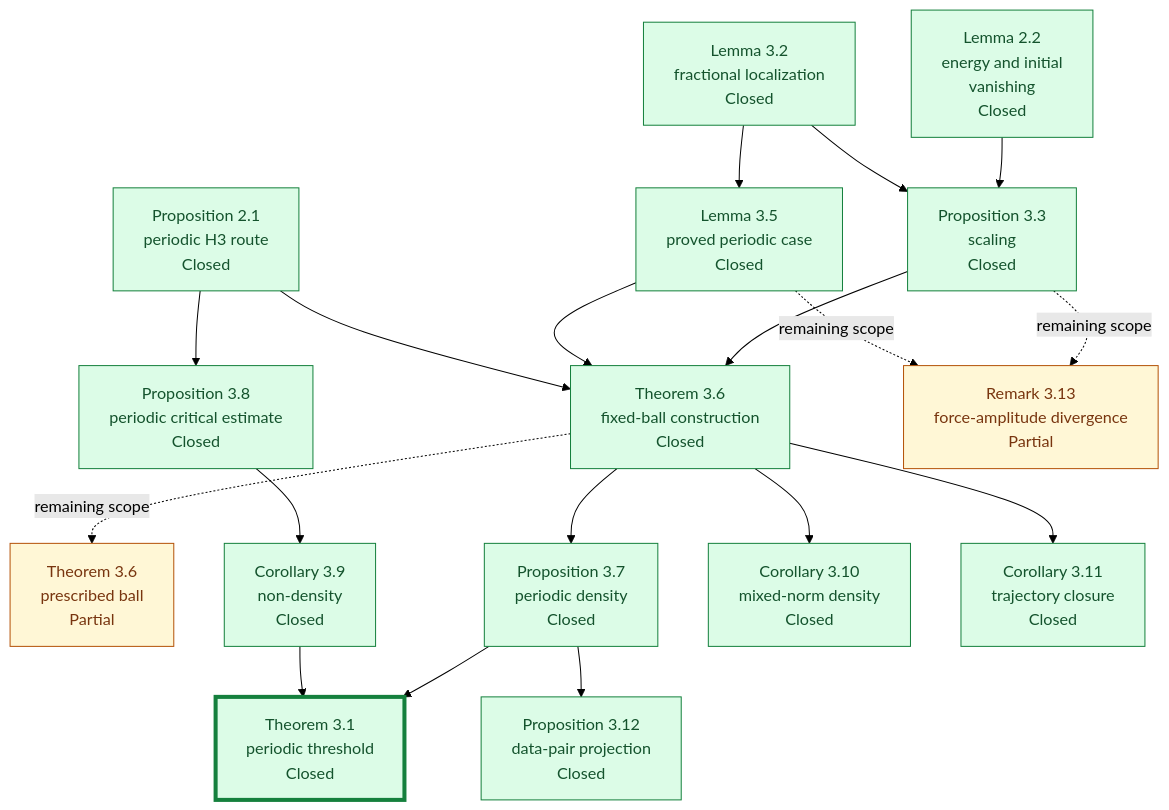
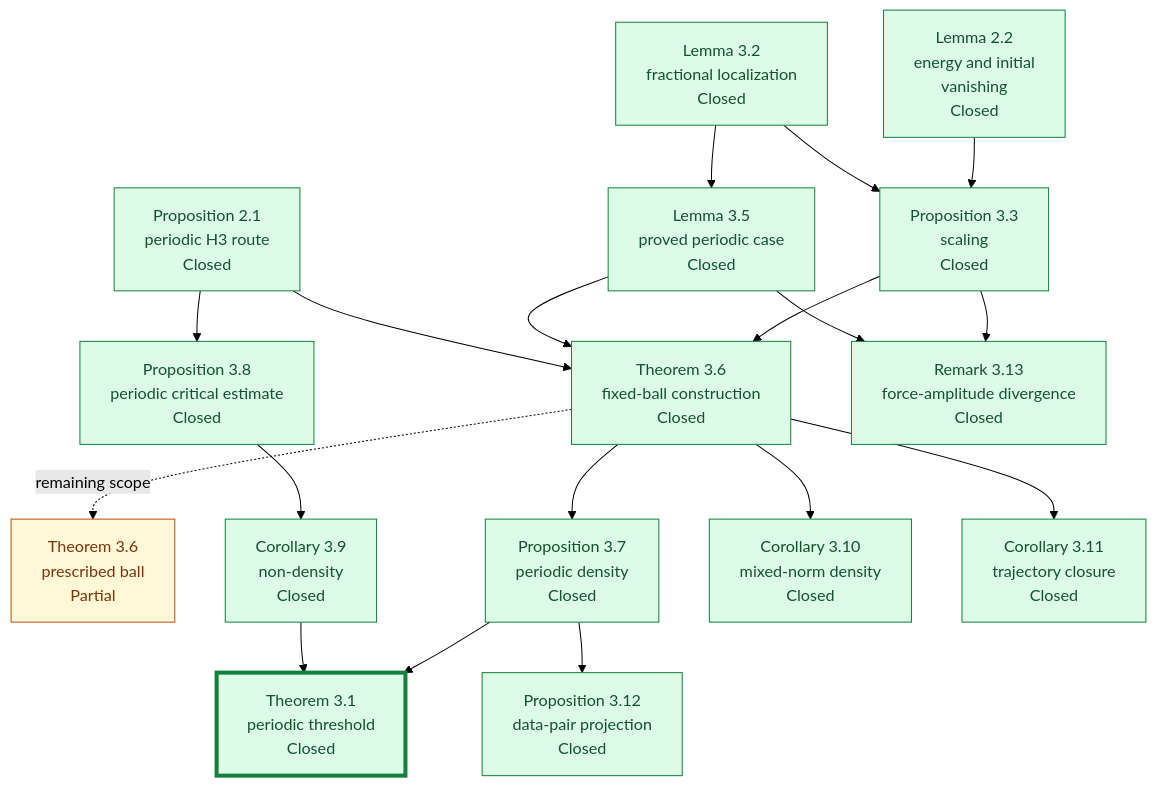
The second of 4 diagrams in formalization/blueprint/DEPENDENCY_GRAPH.md (mathzhuonichi/blowup_density), drawn with Mermaid (forest theme) before and after one commit. The commit also changed other lines of this file and 16 other files, not shown here.

````diff
--- a/formalization/blueprint/DEPENDENCY_GRAPH.md
+++ b/formalization/blueprint/DEPENDENCY_GRAPH.md
@@ -45,41 +45,41 @@
 ```mermaid
 flowchart TD
   E22["Lemma 2.2<br/>energy and initial<br/>vanishing<br/>Closed"]
   L32["Lemma 3.2<br/>fractional localization<br/>Closed"]
   S33["Proposition 3.3<br/>scaling<br/>Closed"]
   C35_T["Lemma 3.5<br/>proved periodic case<br/>Closed"]
   L21T["Proposition 2.1<br/>periodic H3 route<br/>Closed"]
   G36["Theorem 3.6<br/>fixed-ball construction<br/>Closed"]
   G36_FULL["Theorem 3.6<br/>prescribed ball<br/>Partial"]
   D37["Proposition 3.7<br/>periodic density<br/>Closed"]
   K38["Proposition 3.8<br/>periodic critical estimate<br/>Closed"]
   N39["Corollary 3.9<br/>non-density<br/>Closed"]
   T31["Theorem 3.1<br/>periodic threshold<br/>Closed"]
   M310["Corollary 3.10<br/>mixed-norm density<br/>Closed"]
   E311["Corollary 3.11<br/>trajectory closure<br/>Closed"]
   P312["Proposition 3.12<br/>data-pair projection<br/>Closed"]
-  R313["Remark 3.13<br/>force-amplitude divergence<br/>Partial"]
+  R313["Remark 3.13<br/>force-amplitude divergence<br/>Closed"]
   E22 --> S33
   L32 --> S33
   L32 --> C35_T
   S33 --> G36
   C35_T --> G36
   L21T --> G36
   G36 -. remaining scope .-> G36_FULL
   G36 --> D37
   L21T --> K38
   K38 --> N39
   D37 --> T31
   N39 --> T31
   G36 --> M310
   G36 --> E311
   D37 --> P312
-  S33 -. remaining scope .-> R313
-  C35_T -. remaining scope .-> R313
+  S33 --> R313
+  C35_T --> R313
   classDef closed fill:#dcfce7,stroke:#15803d,color:#14532d;
   classDef partial fill:#fff7d6,stroke:#b45309,color:#78350f;
   classDef mainResult stroke-width:4px;
-  class E22,L32,S33,C35_T,L21T,G36,D37,K38,N39,T31,M310,E311,P312 closed;
-  class G36_FULL,R313 partial;
+  class E22,L32,S33,C35_T,L21T,G36,D37,K38,N39,T31,M310,E311,P312,R313 closed;
+  class G36_FULL partial;
   class T31 mainResult;
 ```
````
